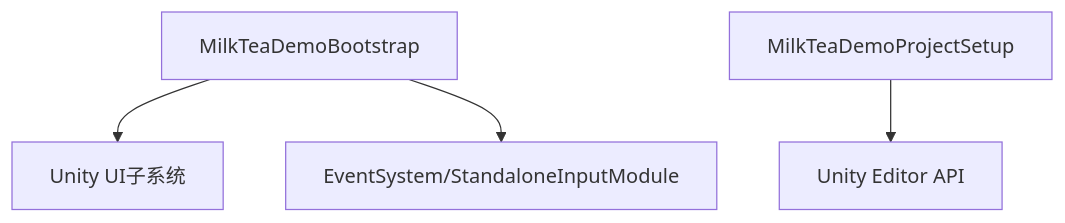
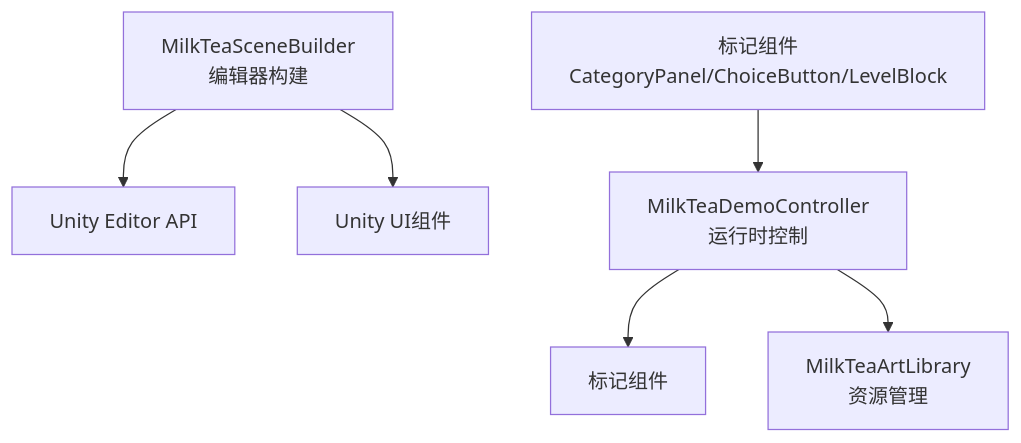
The sixth of 6 diagrams in .qoder/repowiki/zh/content/UI架构设计.md (Thanatos42/-demo), drawn with Mermaid before and after one commit. The commit also changed other lines of this file and 16 other files, not shown here.

````diff
--- a/.qoder/repowiki/zh/content/UI架构设计.md
+++ b/.qoder/repowiki/zh/content/UI架构设计.md
@@ -198,6 +246,8 @@
 ```mermaid
 graph TB
-B["MilkTeaDemoBootstrap"] --> U["Unity UI子系统"]
-B --> E["EventSystem/StandaloneInputModule"]
-P["MilkTeaDemoProjectSetup"] --> S["Unity Editor API"]
+A["MilkTeaSceneBuilder<br/>编辑器构建"] --> B["Unity Editor API"]
+A --> C["Unity UI组件"]
+D["MilkTeaDemoController<br/>运行时控制"] --> E["标记组件"]
+D --> F["MilkTeaArtLibrary<br/>资源管理"]
+G["标记组件<br/>CategoryPanel/ChoiceButton/LevelBlock"] --> D
 ```
````
